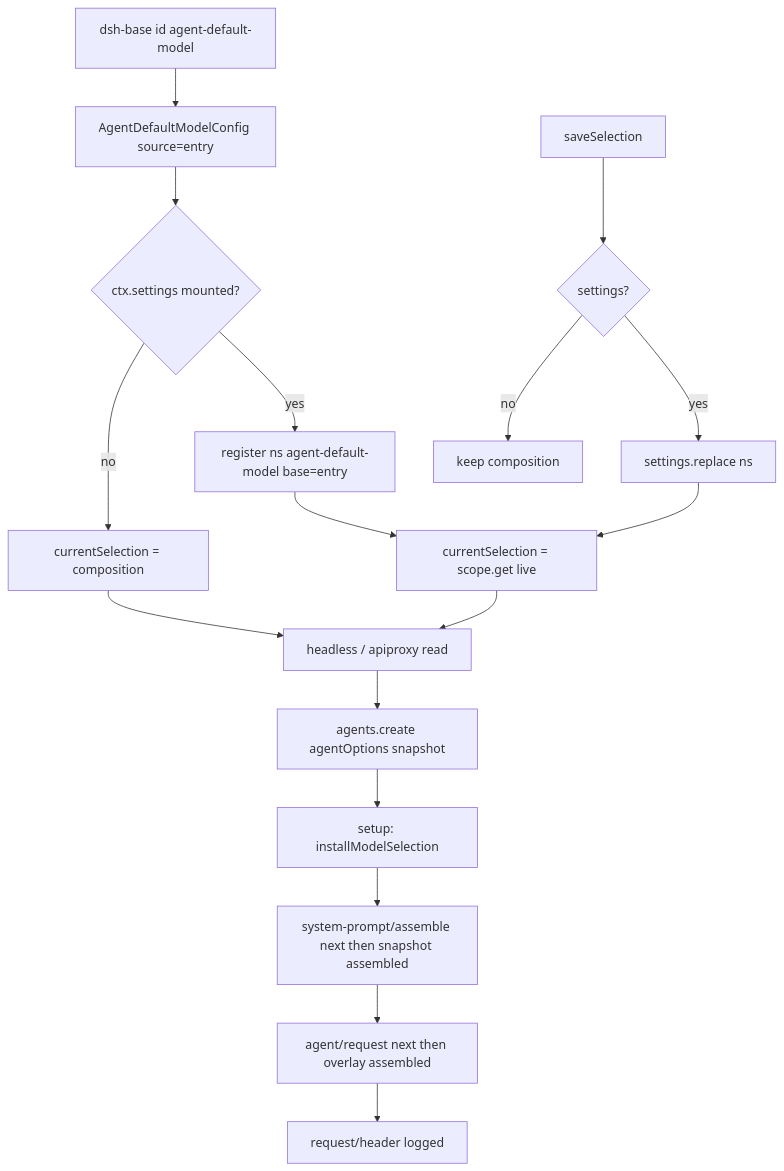
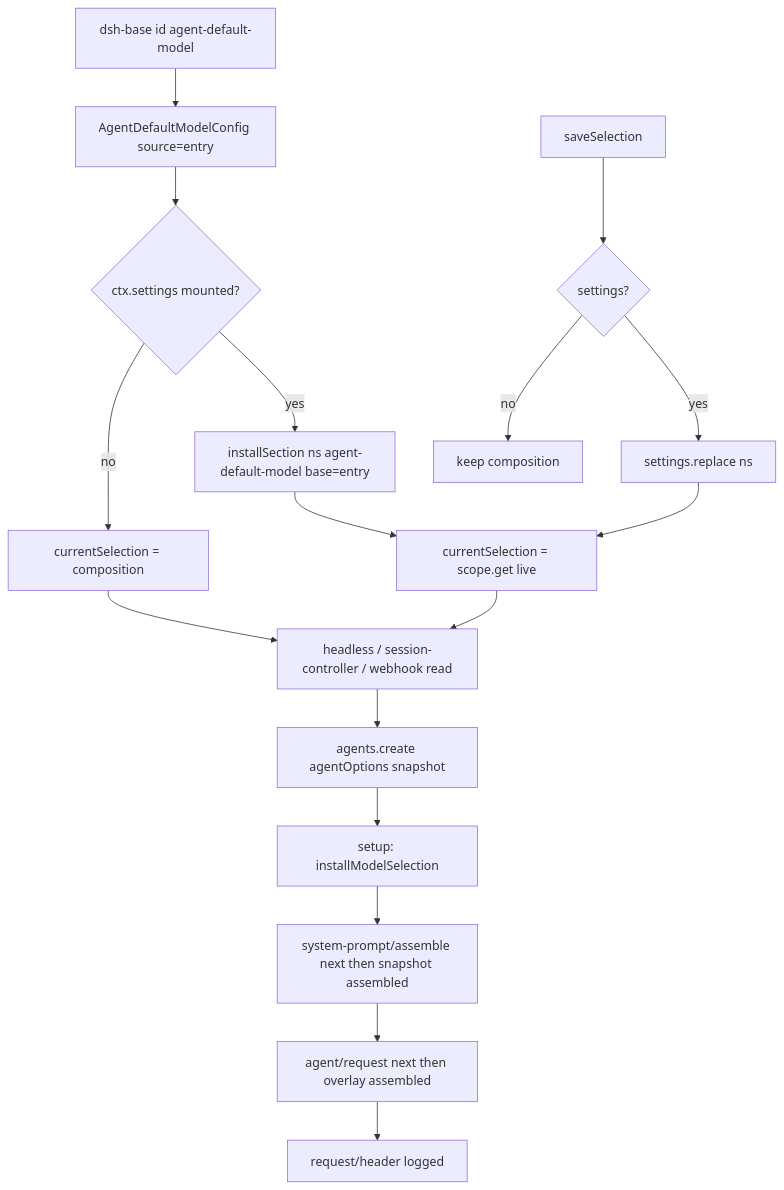
One commit to wdnmdtonyma/SOTA-Agent-LLM-Wiki changed the diagram in docs/llm-wiki/deepseek-harness/subsystems/core/agent-default-model.md. Above: the diagram before and after it, drawn with Mermaid. The commit also changed other lines of this file and 217 other files, not shown here.

````diff
--- a/docs/llm-wiki/deepseek-harness/subsystems/core/agent-default-model.md
+++ b/docs/llm-wiki/deepseek-harness/subsystems/core/agent-default-model.md
@@ -115,19 +124,19 @@
 ```mermaid
 flowchart TD
   Base["dsh-base id agent-default-model"] --> Ctor["AgentDefaultModelConfig source=entry"]
   Ctor --> Inject{"ctx.settings mounted?"}
   Inject -->|no| Comp["currentSelection = composition"]
-  Inject -->|yes| Reg["register ns agent-default-model base=entry"]
+  Inject -->|yes| Reg["installSection ns agent-default-model base=entry"]
   Reg --> Live["currentSelection = scope.get live"]
-  Comp --> Entry["headless / apiproxy read"]
+  Comp --> Entry["headless / session-controller / webhook read"]
   Live --> Entry
   Entry --> Create["agents.create agentOptions snapshot"]
   Create --> Setup["setup: installModelSelection"]
   Setup --> Assemble["system-prompt/assemble next then snapshot assembled"]
   Assemble --> Request["agent/request next then overlay assembled"]
   Request --> Header["request/header logged"]
   Save["saveSelection"] --> Opt{"settings?"}
   Opt -->|no| Noop["keep composition"]
   Opt -->|yes| Replace["settings.replace ns"]
   Replace --> Live
 ```
````
